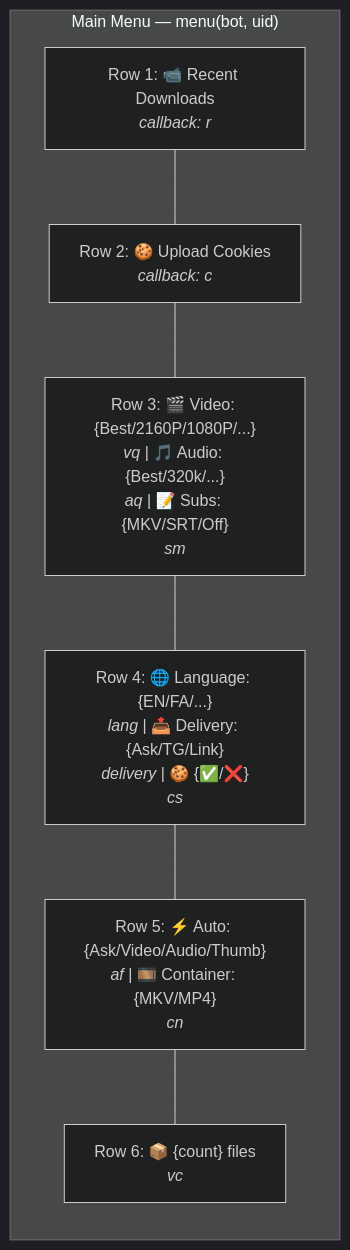
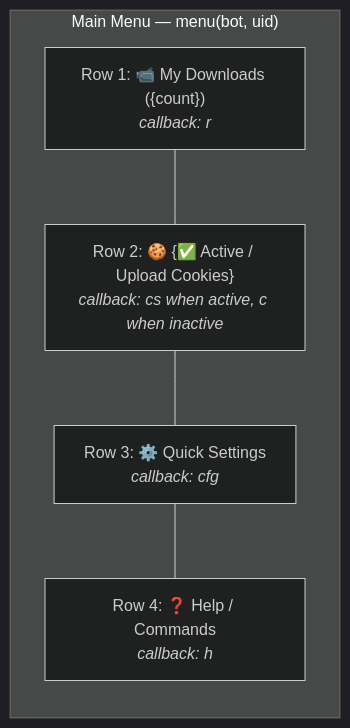
One commit to HoomanJCode/Telegram_Yt_Bot changed the second of 17 diagrams in docs/USER_FLOWS.md. Above: the diagram before and after it, drawn with Mermaid (dark theme). The commit also changed other lines of this file, not shown here.

First line of the commit message:
docs(user-flows): update USER_FLOWS.md for redesigned main menu and Quick Settings

````diff
--- a/docs/USER_FLOWS.md
+++ b/docs/USER_FLOWS.md
@@ -70,14 +71,12 @@
 ```mermaid
 flowchart TB
     subgraph MENU["Main Menu — menu(bot, uid)"]
         direction TB
-        R1["Row 1: 📹 Recent Downloads<br/><i>callback: r</i>"]
-        R2["Row 2: 🍪 Upload Cookies<br/><i>callback: c</i>"]
-        R3["Row 3: 🎬 Video: {Best/2160P/1080P/...}<br/><i>vq</i> | 🎵 Audio: {Best/320k/...}<br/><i>aq</i> | 📝 Subs: {MKV/SRT/Off}<br/><i>sm</i>"]
-        R4["Row 4: 🌐 Language: {EN/FA/...}<br/><i>lang</i> | 📤 Delivery: {Ask/TG/Link}<br/><i>delivery</i> | 🍪 {✅/❌}<br/><i>cs</i>"]
-        R5["Row 5: ⚡ Auto: {Ask/Video/Audio/Thumb}<br/><i>af</i> | 🎞️ Container: {MKV/MP4}<br/><i>cn</i>"]
-        R6["Row 6: 📦 {count} files<br/><i>vc</i>"]
+        R1["Row 1: 📹 My Downloads ({count})<br/><i>callback: r</i>"]
+        R2["Row 2: 🍪 {✅ Active / Upload Cookies}<br/><i>callback: cs when active, c when inactive</i>"]
+        R3["Row 3: ⚙️ Quick Settings<br/><i>callback: cfg</i>"]
+        R4["Row 4: ❓ Help / Commands<br/><i>callback: h</i>"]
     end
 
-    R1 --- R2 --- R3 --- R4 --- R5 --- R6
+    R1 --- R2 --- R3 --- R4
 ```
````
